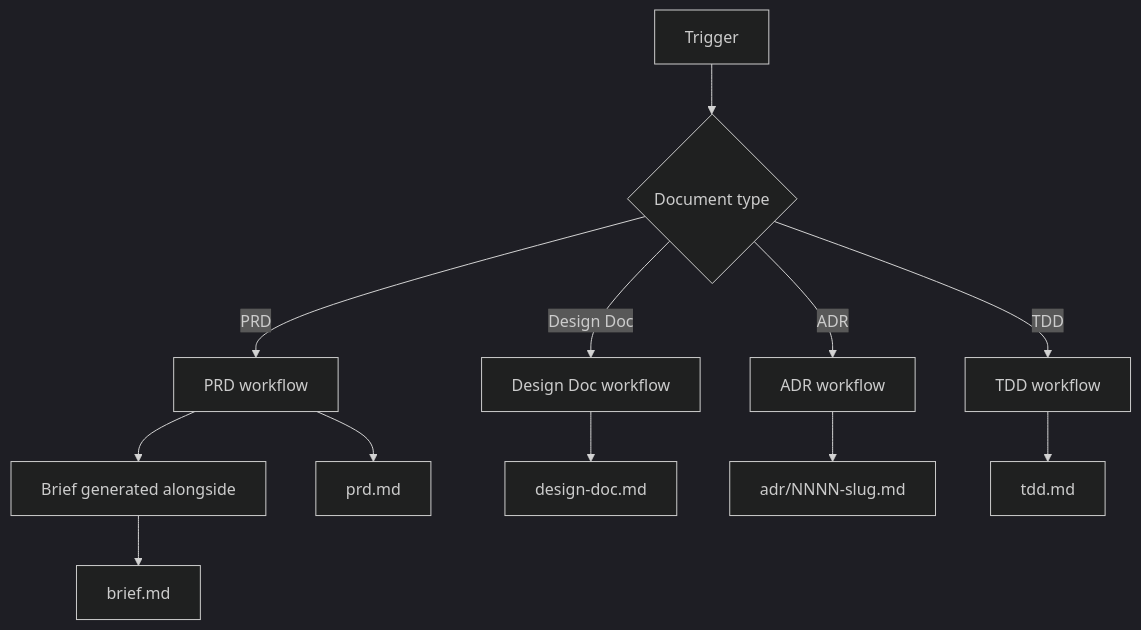
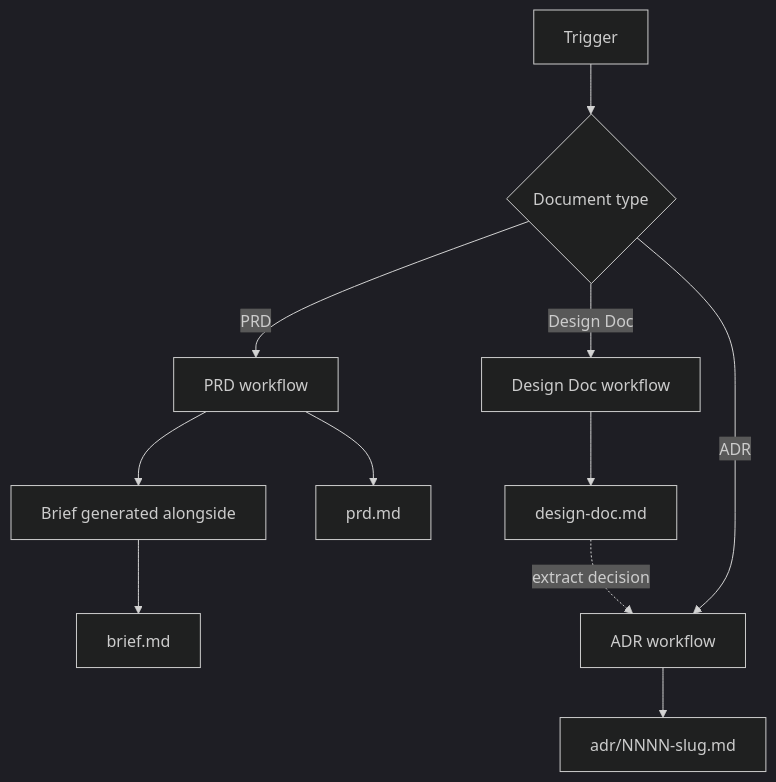
Before and after one commit to adeonir/agent-skills: the diagram in skills/product/docs-writer/README.md, drawn with Mermaid (dark theme). The commit also changed other lines of this file and 13 other files, not shown here.

````diff
--- a/skills/product/docs-writer/README.md
+++ b/skills/product/docs-writer/README.md
@@ -10,14 +10,13 @@
 ```mermaid
 flowchart TD
     T[Trigger] --> R{Document type}
     R -->|PRD| PRD[PRD workflow]
     R -->|Design Doc| DD[Design Doc workflow]
     R -->|ADR| ADR[ADR workflow]
-    R -->|TDD| TDD[TDD workflow]
     PRD --> B[Brief generated alongside]
     PRD --> P[prd.md]
     B --> BR[brief.md]
     DD --> D[design-doc.md]
     ADR --> A[adr/NNNN-slug.md]
-    TDD --> T2[tdd.md]
+    D -.->|extract decision| ADR
 ```
````
